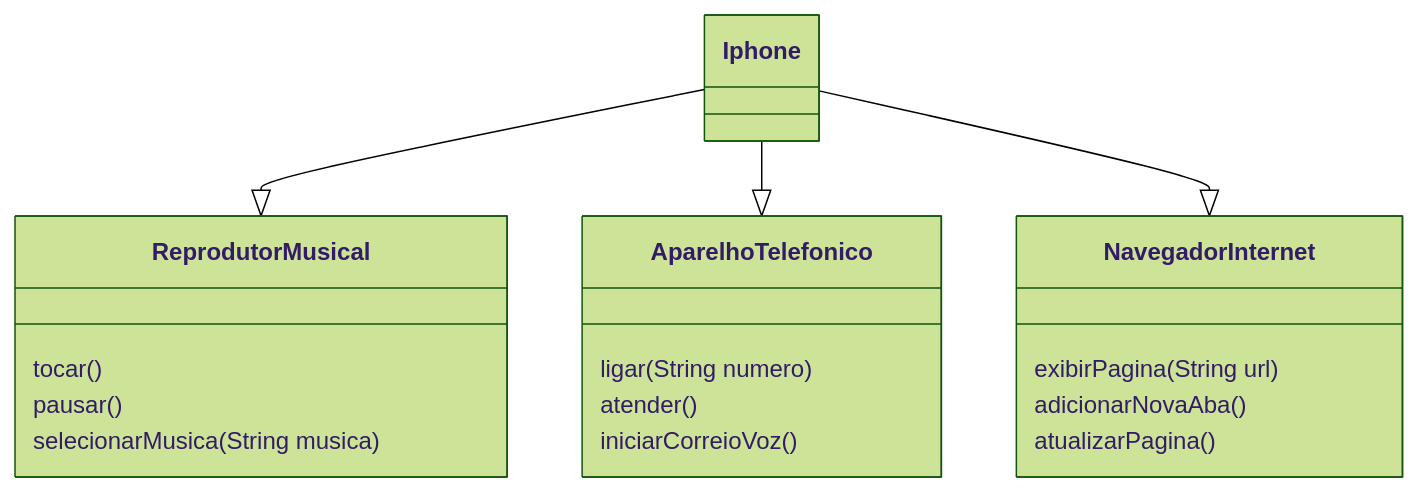
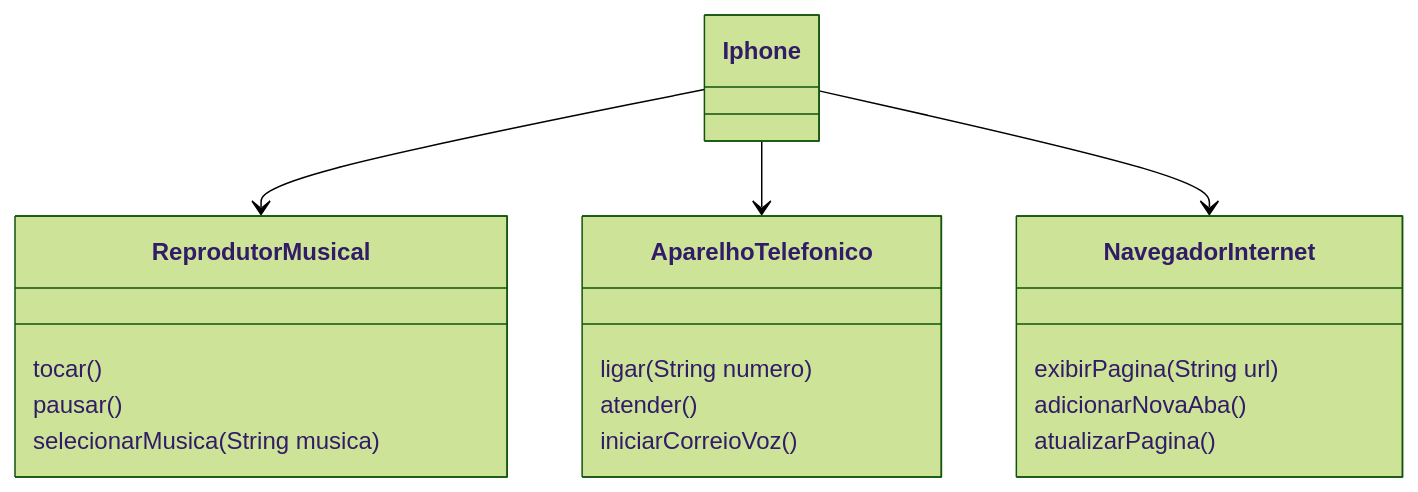
The diagram in README.md (Lucas-Alexandre62/Diagrama-de-classes-Iphone), drawn with Mermaid (forest theme) before and after one commit.

````diff
--- a/README.md
+++ b/README.md
@@ -4,31 +4,31 @@
 ```mermaid
 classDiagram
 
     class AparelhoTelefonico {
 	    ligar(String numero)
 	    atender()
         iniciarCorreioVoz()
     }
 
     class NavegadorInternet {
 	    exibirPagina(String url)
 	    adicionarNovaAba()
         atualizarPagina()
     }
 
     class Iphone {
     }
 
     class ReprodutorMusical {
 	    tocar()
 	    pausar()
 	    selecionarMusica(String musica)
     }
 
 	Iphone
 
-    Iphone --|> ReprodutorMusical
-    Iphone --|> AparelhoTelefonico
-    Iphone --|> NavegadorInternet
+    Iphone --> ReprodutorMusical
+    Iphone --> AparelhoTelefonico
+    Iphone --> NavegadorInternet
 
 ```
````
